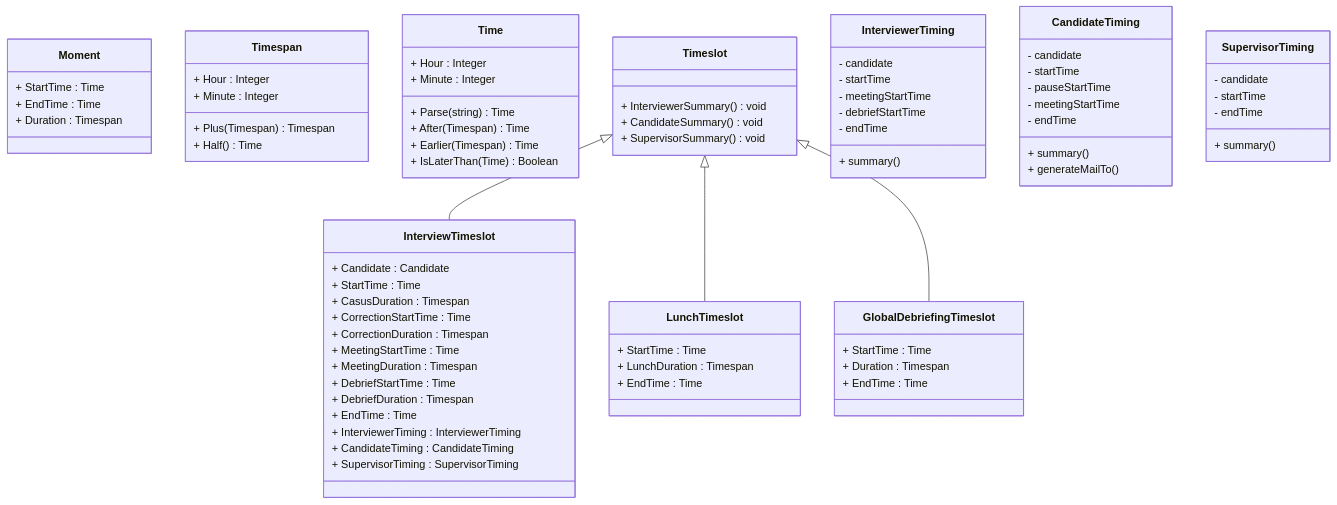
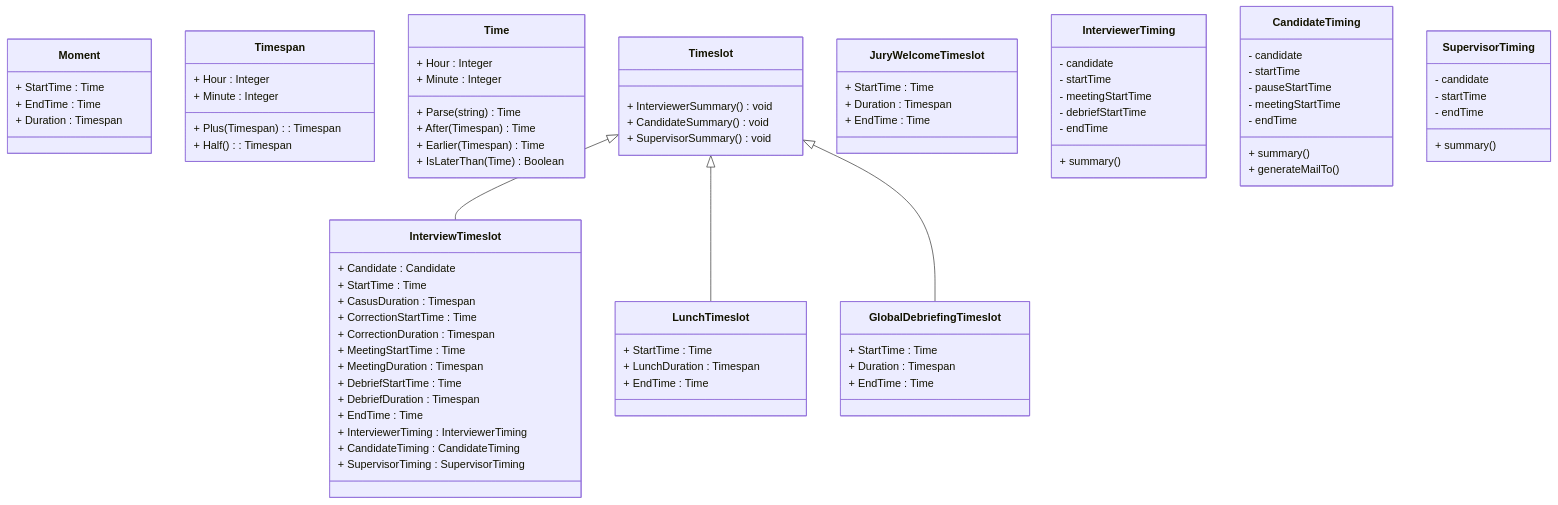
One commit to jmhumblet/candidate-schedule changed the diagram in diagram.md. Above: the diagram before and after it, drawn with Mermaid. The commit also changed 2 other files, not shown here.

Commit message:
Add JuryWelcomeTimeslot Add empty confirmation column Format special timeslot time

```diff
--- a/diagram.md
+++ b/diagram.md
@@ -10,8 +10,8 @@
 class Timespan {
     + Hour : Integer
     + Minute : Integer
-    + Plus(Timespan) Timespan
-    + Half() Time
+    + Plus(Timespan) : Timespan
+    + Half() : Timespan
 }
 
 class Time {
@@ -57,6 +57,12 @@
     + EndTime : Time
 }
 
+class JuryWelcomeTimeslot {
+    + StartTime : Time
+    + Duration : Timespan
+    + EndTime : Time
+}
+
 Timeslot <|-- InterviewTimeslot
 Timeslot <|-- LunchTimeslot
 Timeslot <|-- GlobalDebriefingTimeslot
```
